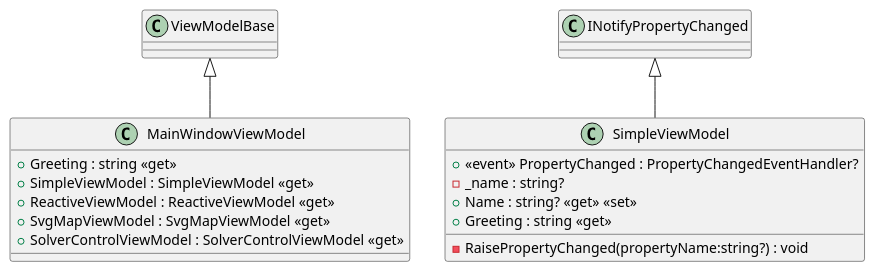
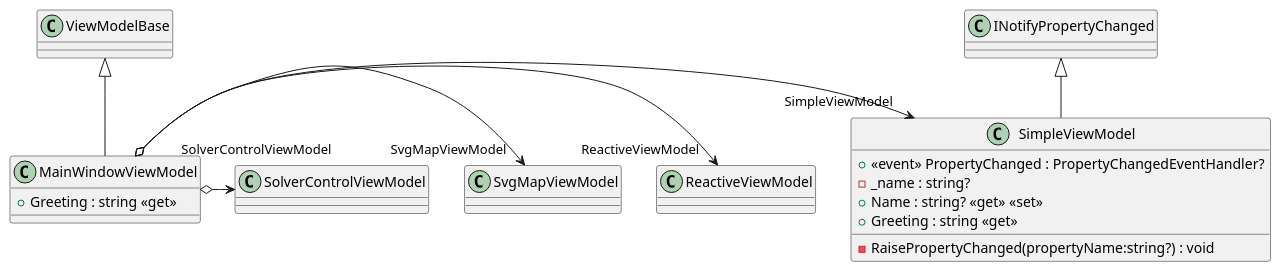
One commit to Liftyee/london-tube-navigator changed the diagram in TubeChallengeRouter/puml/MapSolverGUI/ViewModels/MainWindowViewModel.puml. Above: the diagram before and after it, drawn with PlantUML. The commit also changed 23 other files, not shown here.

Commit message:
update pumls and create GUI, Solver pumls with command dotnet puml-gen -createAssociation -allInOne MapSolverGUI/ViewModels/SolverControlViewModel.cs puml/GUIonly.puml

```diff
--- a/TubeChallengeRouter/puml/MapSolverGUI/ViewModels/MainWindowViewModel.puml
+++ b/TubeChallengeRouter/puml/MapSolverGUI/ViewModels/MainWindowViewModel.puml
@@ -1,18 +1,18 @@
 @startuml
 class MainWindowViewModel {
     + Greeting : string <<get>>
-    + SimpleViewModel : SimpleViewModel <<get>>
-    + ReactiveViewModel : ReactiveViewModel <<get>>
-    + SvgMapViewModel : SvgMapViewModel <<get>>
-    + SolverControlViewModel : SolverControlViewModel <<get>>
 }
 class SimpleViewModel {
     +  <<event>> PropertyChanged : PropertyChangedEventHandler? 
     - RaisePropertyChanged(propertyName:string?) : void
     - _name : string?
     + Name : string? <<get>> <<set>>
     + Greeting : string <<get>>
 }
 ViewModelBase <|-- MainWindowViewModel
+MainWindowViewModel o-> "SimpleViewModel" SimpleViewModel
+MainWindowViewModel o-> "ReactiveViewModel" ReactiveViewModel
+MainWindowViewModel o-> "SvgMapViewModel" SvgMapViewModel
+MainWindowViewModel o-> "SolverControlViewModel" SolverControlViewModel
 INotifyPropertyChanged <|-- SimpleViewModel
 @enduml
```
